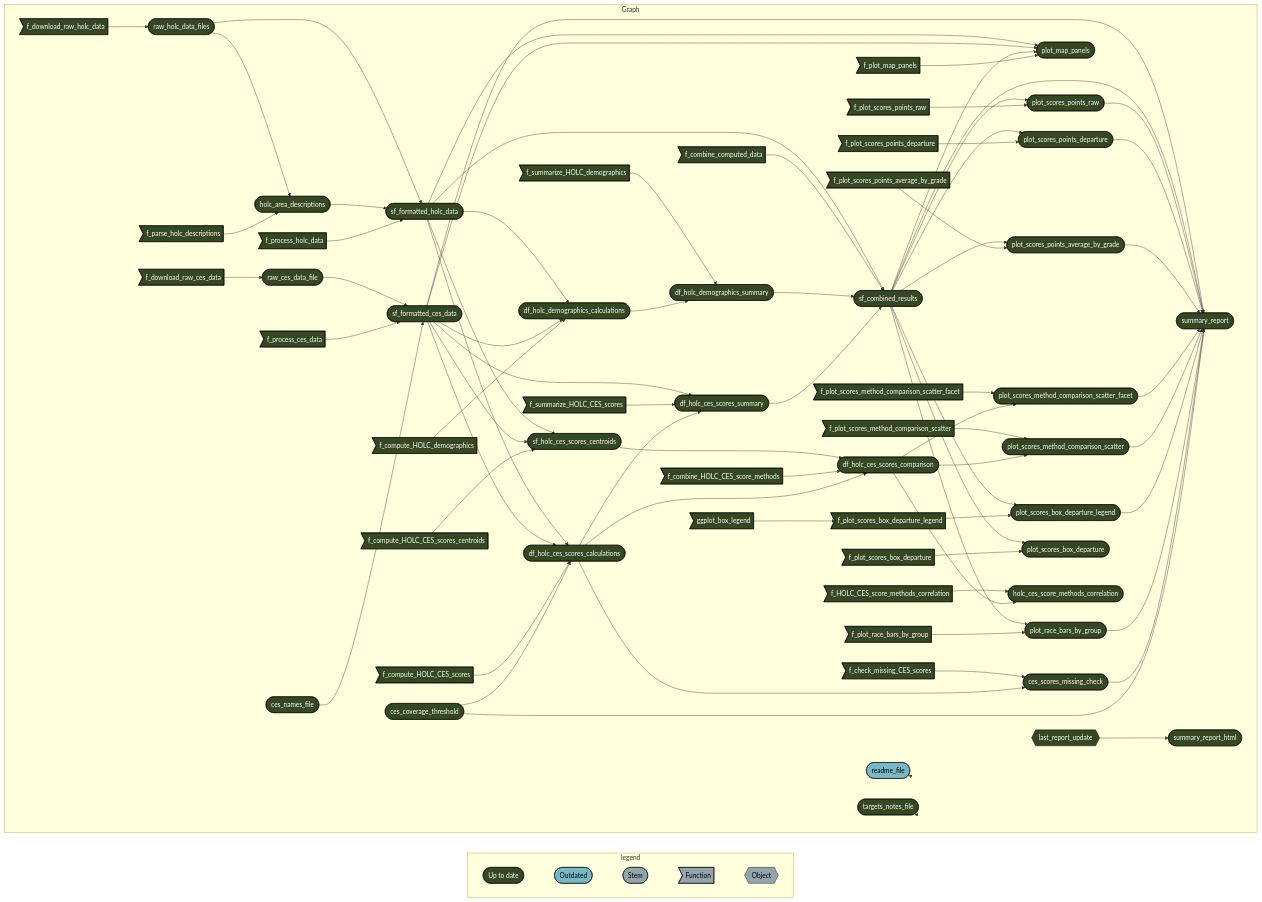
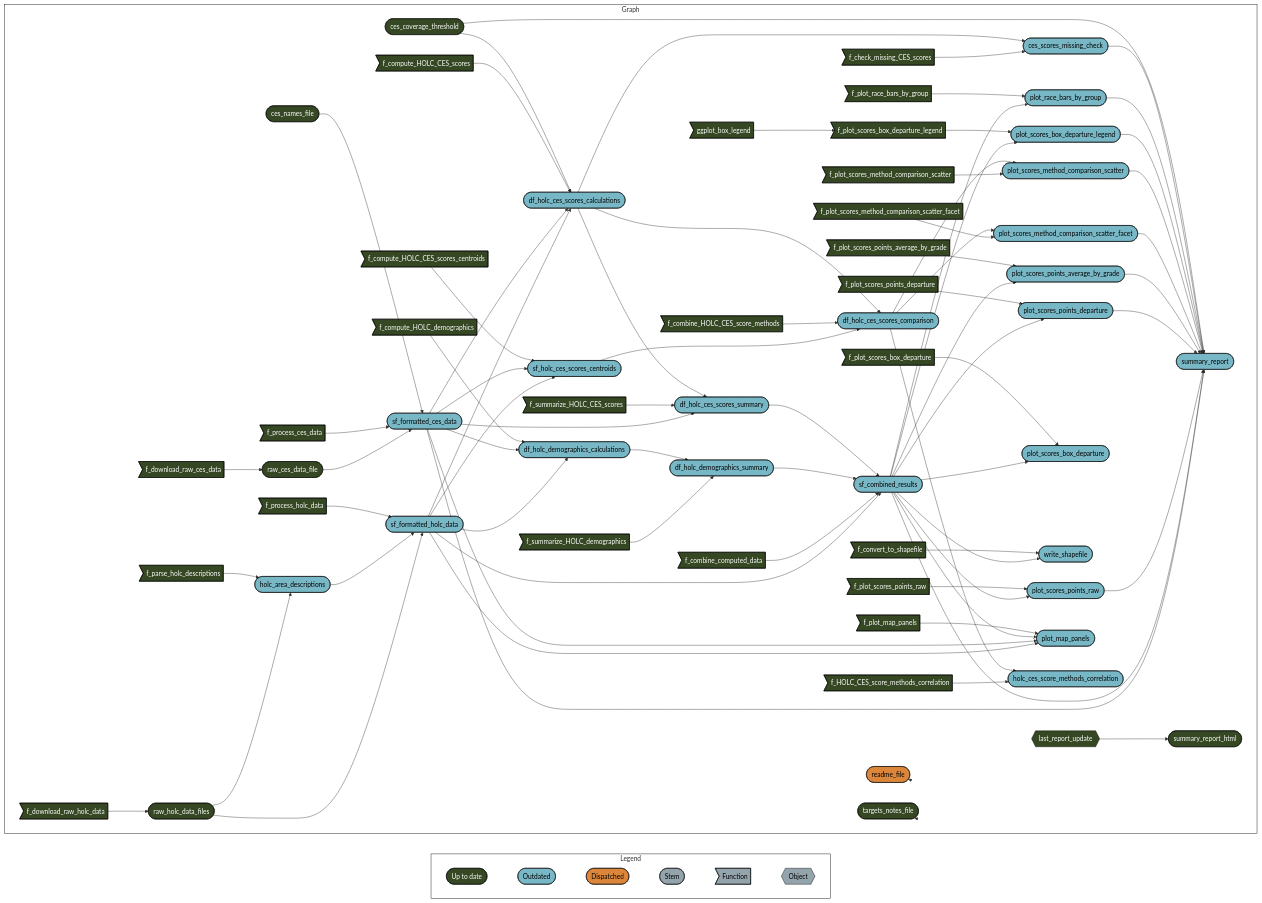
Before and after one commit to daltare/pollution-and-prejudice: the diagram in README.md, drawn with Mermaid. The commit also changed other lines of this file and 29 other files, not shown here.

````diff
--- a/README.md
+++ b/README.md
@@ -101,93 +104,100 @@
 ``` mermaid
 graph LR
-  subgraph legend
+  style Legend fill:#FFFFFF00,stroke:#000000;
+  style Graph fill:#FFFFFF00,stroke:#000000;
+  subgraph Legend
     direction LR
     x7420bd9270f8d27d([""Up to date""]):::uptodate --- x0a52b03877696646([""Outdated""]):::outdated
-    x0a52b03877696646([""Outdated""]):::outdated --- xbf4603d6c2c2ad6b([""Stem""]):::none
+    x0a52b03877696646([""Outdated""]):::outdated --- xa8565c104d8f0705([""Dispatched""]):::dispatched
+    xa8565c104d8f0705([""Dispatched""]):::dispatched --- xbf4603d6c2c2ad6b([""Stem""]):::none
     xbf4603d6c2c2ad6b([""Stem""]):::none --- xf0bce276fe2b9d3e>""Function""]:::none
     xf0bce276fe2b9d3e>""Function""]:::none --- x5bffbffeae195fc9{{""Object""}}:::none
   end
   subgraph Graph
     direction LR
     x723651d51c4d9039>"ggplot_box_legend"]:::uptodate --> x9fc5d9228e2f8c78>"f_plot_scores_box_departure_legend"]:::uptodate
-    x716156bac81cd62e(["df_holc_ces_scores_comparison"]):::uptodate --> xe4dc7810b8261f38(["plot_scores_method_comparison_scatter_facet"]):::uptodate
-    x3b0727f79ff18b40>"f_plot_scores_method_comparison_scatter_facet"]:::uptodate --> xe4dc7810b8261f38(["plot_scores_method_comparison_scatter_facet"]):::uptodate
-    xf2cacda6c5be1d56(["df_holc_ces_scores_calculations"]):::uptodate --> x716156bac81cd62e(["df_holc_ces_scores_comparison"]):::uptodate
-    x1362e4f419a24a87>"f_combine_HOLC_CES_score_methods"]:::uptodate --> x716156bac81cd62e(["df_holc_ces_scores_comparison"]):::uptodate
-    x03e01758e45bc154(["sf_holc_ces_scores_centroids"]):::uptodate --> x716156bac81cd62e(["df_holc_ces_scores_comparison"]):::uptodate
+    xbc38fdbb09f54cdc(["df_holc_ces_scores_summary"]):::outdated --> x7774e14ad1201765(["sf_combined_results"]):::outdated
+    x722c080414fdf571(["df_holc_demographics_summary"]):::outdated --> x7774e14ad1201765(["sf_combined_results"]):::outdated
+    xf90b49dd379c5312>"f_combine_computed_data"]:::uptodate --> x7774e14ad1201765(["sf_combined_results"]):::outdated
+    xd358c84560a350ea(["sf_formatted_holc_data"]):::outdated --> x7774e14ad1201765(["sf_combined_results"]):::outdated
+    x05780902aff2e52e>"f_plot_scores_points_departure"]:::uptodate --> x85db2b90c235dab6(["plot_scores_points_departure"]):::outdated
+    x7774e14ad1201765(["sf_combined_results"]):::outdated --> x85db2b90c235dab6(["plot_scores_points_departure"]):::outdated
+    xf2cacda6c5be1d56(["df_holc_ces_scores_calculations"]):::outdated --> xbc38fdbb09f54cdc(["df_holc_ces_scores_summary"]):::outdated
+    x24483bb6f5885403>"f_summarize_HOLC_CES_scores"]:::uptodate --> xbc38fdbb09f54cdc(["df_holc_ces_scores_summary"]):::outdated
+    x66ea1e7e4088616e(["sf_formatted_ces_data"]):::outdated --> xbc38fdbb09f54cdc(["df_holc_ces_scores_summary"]):::outdated
+    x9fc5d9228e2f8c78>"f_plot_scores_box_departure_legend"]:::uptodate --> xd261dc6bb4fd422e(["plot_scores_box_departure_legend"]):::outdated
+    x7774e14ad1201765(["sf_combined_results"]):::outdated --> xd261dc6bb4fd422e(["plot_scores_box_departure_legend"]):::outdated
+    xb8f0b2810f342081(["ces_coverage_threshold"]):::uptodate --> xf2cacda6c5be1d56(["df_holc_ces_scores_calculations"]):::outdated
+    xb84eb9d541120890>"f_compute_HOLC_CES_scores"]:::uptodate --> xf2cacda6c5be1d56(["df_holc_ces_scores_calculations"]):::outdated
+    x66ea1e7e4088616e(["sf_formatted_ces_data"]):::outdated --> xf2cacda6c5be1d56(["df_holc_ces_scores_calculations"]):::outdated
+    xd358c84560a350ea(["sf_formatted_holc_data"]):::outdated --> xf2cacda6c5be1d56(["df_holc_ces_scores_calculations"]):::outdated
+    xb8f0b2810f342081(["ces_coverage_threshold"]):::uptodate --> xe24c603975ef95ce(["summary_report"]):::outdated
+    xcdcbc8327c73002a(["ces_scores_missing_check"]):::outdated --> xe24c603975ef95ce(["summary_report"]):::outdated
+    xe2341aac6be6d5c3(["plot_race_bars_by_group"]):::outdated --> xe24c603975ef95ce(["summary_report"]):::outdated
+    xd261dc6bb4fd422e(["plot_scores_box_departure_legend"]):::outdated --> xe24c603975ef95ce(["summary_report"]):::outdated
+    x30558efb09c7936d(["plot_scores_method_comparison_scatter"]):::outdated --> xe24c603975ef95ce(["summary_report"]):::outdated
+    xe4dc7810b8261f38(["plot_scores_method_comparison_scatter_facet"]):::outdated --> xe24c603975ef95ce(["summary_report"]):::outdated
+    x26888c3adf53b8ba(["plot_scores_points_average_by_grade"]):::outdated --> xe24c603975ef95ce(["summary_report"]):::outdated
+    x85db2b90c235dab6(["plot_scores_points_departure"]):::outdated --> xe24c603975ef95ce(["summary_report"]):::outdated
+    xd06bbe78c7eb9f6c(["plot_scores_points_raw"]):::outdated --> xe24c603975ef95ce(["summary_report"]):::outdated
+    x7774e14ad1201765(["sf_combined_results"]):::outdated --> xe24c603975ef95ce(["summary_report"]):::outdated
+    x66ea1e7e4088616e(["sf_formatted_ces_data"]):::outdated --> xe24c603975ef95ce(["summary_report"]):::outdated
+    xcda122252060630c>"f_compute_HOLC_CES_scores_centroids"]:::uptodate --> x03e01758e45bc154(["sf_holc_ces_scores_centroids"]):::outdated
+    x66ea1e7e4088616e(["sf_formatted_ces_data"]):::outdated --> x03e01758e45bc154(["sf_holc_ces_scores_centroids"]):::outdated
+    xd358c84560a350ea(["sf_formatted_holc_data"]):::outdated --> x03e01758e45bc154(["sf_holc_ces_scores_centroids"]):::outdated
+    x13ecd6c730196e92>"f_plot_scores_box_departure"]:::uptodate --> xc0917568d2ce3bee(["plot_scores_box_departure"]):::outdated
+    x7774e14ad1201765(["sf_combined_results"]):::outdated --> xc0917568d2ce3bee(["plot_scores_box_departure"]):::outdated
+    x4baab69ddc05606c>"f_compute_HOLC_demographics"]:::uptodate --> x0933fedf1eaed55e(["df_holc_demographics_calculations"]):::outdated
+    x66ea1e7e4088616e(["sf_formatted_ces_data"]):::outdated --> x0933fedf1eaed55e(["df_holc_demographics_calculations"]):::outdated
+    xd358c84560a350ea(["sf_formatted_holc_data"]):::outdated --> x0933fedf1eaed55e(["df_holc_demographics_calculations"]):::outdated
+    xe7b24c87dabecd62>"f_parse_holc_descriptions"]:::uptodate --> xc134b761ca90db6a(["holc_area_descriptions"]):::outdated
+    x7deb259c829fdb2e(["raw_holc_data_files"]):::uptodate --> xc134b761ca90db6a(["holc_area_descriptions"]):::outdated
+    x3566400abf0582d0>"f_process_holc_data"]:::uptodate --> xd358c84560a350ea(["sf_formatted_holc_data"]):::outdated
+    xc134b761ca90db6a(["holc_area_descriptions"]):::outdated --> xd358c84560a350ea(["sf_formatted_holc_data"]):::outdated
+    x7deb259c829fdb2e(["raw_holc_data_files"]):::uptodate --> xd358c84560a350ea(["sf_formatted_holc_data"]):::outdated
+    xd22b3ef3698af9c3>"f_plot_race_bars_by_group"]:::uptodate --> xe2341aac6be6d5c3(["plot_race_bars_by_group"]):::outdated
+    x7774e14ad1201765(["sf_combined_results"]):::outdated --> xe2341aac6be6d5c3(["plot_race_bars_by_group"]):::outdated
+    x7ad41e3fd12f2676(["ces_names_file"]):::uptodate --> x66ea1e7e4088616e(["sf_formatted_ces_data"]):::outdated
+    xdca65f7684d779f0>"f_process_ces_data"]:::uptodate --> x66ea1e7e4088616e(["sf_formatted_ces_data"]):::outdated
+    x6538bfb2bd8fa5af(["raw_ces_data_file"]):::uptodate --> x66ea1e7e4088616e(["sf_formatted_ces_data"]):::outdated
+    x661c36f456260220>"f_plot_scores_points_average_by_grade"]:::uptodate --> x26888c3adf53b8ba(["plot_scores_points_average_by_grade"]):::outdated
+    x7774e14ad1201765(["sf_combined_results"]):::outdated --> x26888c3adf53b8ba(["plot_scores_points_average_by_grade"]):::outdated
+    x9e5564aad7264f3e>"f_convert_to_shapefile"]:::uptodate --> xf040698982835e96(["write_shapefile"]):::outdated
+    x7774e14ad1201765(["sf_combined_results"]):::outdated --> xf040698982835e96(["write_shapefile"]):::outdated
+    xf443f725966ed075{{"last_report_update"}}:::uptodate --> x3b5990520b2e818d(["summary_report_html"]):::uptodate
+    xc11e093e8a0331b6>"f_plot_map_panels"]:::uptodate --> x52b2d35838d1c908(["plot_map_panels"]):::outdated
+    x7774e14ad1201765(["sf_combined_results"]):::outdated --> x52b2d35838d1c908(["plot_map_panels"]):::outdated
+    x66ea1e7e4088616e(["sf_formatted_ces_data"]):::outdated --> x52b2d35838d1c908(["plot_map_panels"]):::outdated
+    xd358c84560a350ea(["sf_formatted_holc_data"]):::outdated --> x52b2d35838d1c908(["plot_map_panels"]):::outdated
+    x716156bac81cd62e(["df_holc_ces_scores_comparison"]):::outdated --> xe4dc7810b8261f38(["plot_scores_method_comparison_scatter_facet"]):::outdated
+    x3b0727f79ff18b40>"f_plot_scores_method_comparison_scatter_facet"]:::uptodate --> xe4dc7810b8261f38(["plot_scores_method_comparison_scatter_facet"]):::outdated
+    x28598aa74e36431d>"f_download_raw_holc_data"]:::uptodate --> x7deb259c829fdb2e(["raw_holc_data_files"]):::uptodate
+    xf2cacda6c5be1d56(["df_holc_ces_scores_calculations"]):::outdated --> xcdcbc8327c73002a(["ces_scores_missing_check"]):::outdated
+    x1909355c81c03a12>"f_check_missing_CES_scores"]:::uptodate --> xcdcbc8327c73002a(["ces_scores_missing_check"]):::outdated
+    x716156bac81cd62e(["df_holc_ces_scores_comparison"]):::outdated --> x30558efb09c7936d(["plot_scores_method_comparison_scatter"]):::outdated
+    xfded34a4d23e9e5d>"f_plot_scores_method_comparison_scatter"]:::uptodate --> x30558efb09c7936d(["plot_scores_method_comparison_scatter"]):::outdated
+    x0933fedf1eaed55e(["df_holc_demographics_calculations"]):::outdated --> x722c080414fdf571(["df_holc_demographics_summary"]):::outdated
+    x2dfdf1b5ee4ba094>"f_summarize_HOLC_demographics"]:::uptodate --> x722c080414fdf571(["df_holc_demographics_summary"]):::outdated
     xc504145cdabdd854>"f_download_raw_ces_data"]:::uptodate --> x6538bfb2bd8fa5af(["raw_ces_data_file"]):::uptodate
-    xc11e093e8a0331b6>"f_plot_map_panels"]:::uptodate --> x52b2d35838d1c908(["plot_map_panels"]):::uptodate
-    x7774e14ad1201765(["sf_combined_results"]):::uptodate --> x52b2d35838d1c908(["plot_map_panels"]):::uptodate
-    x66ea1e7e4088616e(["sf_formatted_ces_data"]):::uptodate --> x52b2d35838d1c908(["plot_map_panels"]):::uptodate
-    xd358c84560a350ea(["sf_formatted_holc_data"]):::uptodate --> x52b2d35838d1c908(["plot_map_panels"]):::uptodate
-    xd22b3ef3698af9c3>"f_plot_race_bars_by_group"]:::uptodate --> xe2341aac6be6d5c3(["plot_race_bars_by_group"]):::uptodate
-    x7774e14ad1201765(["sf_combined_results"]):::uptodate --> xe2341aac6be6d5c3(["plot_race_bars_by_group"]):::uptodate
-    x661c36f456260220>"f_plot_scores_points_average_by_grade"]:::uptodate --> x26888c3adf53b8ba(["plot_scores_points_average_by_grade"]):::uptodate
-    x7774e14ad1201765(["sf_combined_results"]):::uptodate --> x26888c3adf53b8ba(["plot_scores_points_average_by_grade"]):::uptodate
-    xbc38fdbb09f54cdc(["df_holc_ces_scores_summary"]):::uptodate --> x7774e14ad1201765(["sf_combined_results"]):::uptodate
-    x722c080414fdf571(["df_holc_demographics_summary"]):::uptodate --> x7774e14ad1201765(["sf_combined_results"]):::uptodate
-    xf90b49dd379c5312>"f_combine_computed_data"]:::uptodate --> x7774e14ad1201765(["sf_combined_results"]):::uptodate
-    xd358c84560a350ea(["sf_formatted_holc_data"]):::uptodate --> x7774e14ad1201765(["sf_combined_results"]):::uptodate
-    xf2cacda6c5be1d56(["df_holc_ces_scores_calculations"]):::uptodate --> xcdcbc8327c73002a(["ces_scores_missing_check"]):::uptodate
-    x1909355c81c03a12>"f_check_missing_CES_scores"]:::uptodate --> xcdcbc8327c73002a(["ces_scores_missing_check"]):::uptodate
-    xb8f0b2810f342081(["ces_coverage_threshold"]):::uptodate --> xf2cacda6c5be1d56(["df_holc_ces_scores_calculations"]):::uptodate
-    xb84eb9d541120890>"f_compute_HOLC_CES_scores"]:::uptodate --> xf2cacda6c5be1d56(["df_holc_ces_scores_calculations"]):::uptodate
-    x66ea1e7e4088616e(["sf_formatted_ces_data"]):::uptodate --> xf2cacda6c5be1d56(["df_holc_ces_scores_calculations"]):::uptodate
-    xd358c84560a350ea(["sf_formatted_holc_data"]):::uptodate --> xf2cacda6c5be1d56(["df_holc_ces_scores_calculations"]):::uptodate
-    x28598aa74e36431d>"f_download_raw_holc_data"]:::uptodate --> x7deb259c829fdb2e(["raw_holc_data_files"]):::uptodate
-    x3566400abf0582d0>"f_process_holc_data"]:::uptodate --> xd358c84560a350ea(["sf_formatted_holc_data"]):::uptodate
-    xc134b761ca90db6a(["holc_area_descriptions"]):::uptodate --> xd358c84560a350ea(["sf_formatted_holc_data"]):::uptodate
-    x7deb259c829fdb2e(["raw_holc_data_files"]):::uptodate --> xd358c84560a350ea(["sf_formatted_holc_data"]):::uptodate
-    x6a4e5ab768f76050>"f_plot_scores_points_raw"]:::uptodate --> xd06bbe78c7eb9f6c(["plot_scores_points_raw"]):::uptodate
-    x7774e14ad1201765(["sf_combined_results"]):::uptodate --> xd06bbe78c7eb9f6c(["plot_scores_points_raw"]):::uptodate
-    xb8f0b2810f342081(["ces_coverage_threshold"]):::uptodate --> xe24c603975ef95ce(["summary_report"]):::uptodate
-    xcdcbc8327c73002a(["ces_scores_missing_check"]):::uptodate --> xe24c603975ef95ce(["summary_report"]):::uptodate
-    xe2341aac6be6d5c3(["plot_race_bars_by_group"]):::uptodate --> xe24c603975ef95ce(["summary_report"]):::uptodate
-    xd261dc6bb4fd422e(["plot_scores_box_departure_legend"]):::uptodate --> xe24c603975ef95ce(["summary_report"]):::uptodate
-    x30558efb09c7936d(["plot_scores_method_comparison_scatter"]):::uptodate --> xe24c603975ef95ce(["summary_report"]):::uptodate
-    xe4dc7810b8261f38(["plot_scores_method_comparison_scatter_facet"]):::uptodate --> xe24c603975ef95ce(["summary_report"]):::uptodate
-    x26888c3adf53b8ba(["plot_scores_points_average_by_grade"]):::uptodate --> xe24c603975ef95ce(["summary_report"]):::uptodate
-    x85db2b90c235dab6(["plot_scores_points_departure"]):::uptodate --> xe24c603975ef95ce(["summary_report"]):::uptodate
-    xd06bbe78c7eb9f6c(["plot_scores_points_raw"]):::uptodate --> xe24c603975ef95ce(["summary_report"]):::uptodate
-    x7774e14ad1201765(["sf_combined_results"]):::uptodate --> xe24c603975ef95ce(["summary_report"]):::uptodate
-    x66ea1e7e4088616e(["sf_formatted_ces_data"]):::uptodate --> xe24c603975ef95ce(["summary_report"]):::uptodate
-    x05780902aff2e52e>"f_plot_scores_points_departure"]:::uptodate --> x85db2b90c235dab6(["plot_scores_points_departure"]):::uptodate
-    x7774e14ad1201765(["sf_combined_results"]):::uptodate --> x85db2b90c235dab6(["plot_scores_points_departure"]):::uptodate
-    xf2cacda6c5be1d56(["df_holc_ces_scores_calculations"]):::uptodate --> xbc38fdbb09f54cdc(["df_holc_ces_scores_summary"]):::uptodate
-    x24483bb6f5885403>"f_summarize_HOLC_CES_scores"]:::uptodate --> xbc38fdbb09f54cdc(["df_holc_ces_scores_summary"]):::uptodate
-    x66ea1e7e4088616e(["sf_formatted_ces_data"]):::uptodate --> xbc38fdbb09f54cdc(["df_holc_ces_scores_summary"]):::uptodate
-    x0933fedf1eaed55e(["df_holc_demographics_calculations"]):::uptodate --> x722c080414fdf571(["df_holc_demographics_summary"]):::uptodate
-    x2dfdf1b5ee4ba094>"f_summarize_HOLC_demographics"]:::uptodate --> x722c080414fdf571(["df_holc_demographics_summary"]):::uptodate
-    xe7b24c87dabecd62>"f_parse_holc_descriptions"]:::uptodate --> xc134b761ca90db6a(["holc_area_descriptions"]):::uptodate
-    x7deb259c829fdb2e(["raw_holc_data_files"]):::uptodate --> xc134b761ca90db6a(["holc_area_descriptions"]):::uptodate
-    x7ad41e3fd12f2676(["ces_names_file"]):::uptodate --> x66ea1e7e4088616e(["sf_formatted_ces_data"]):::uptodate
-    xdca65f7684d779f0>"f_process_ces_data"]:::uptodate --> x66ea1e7e4088616e(["sf_formatted_ces_data"]):::uptodate
-    x6538bfb2bd8fa5af(["raw_ces_data_file"]):::uptodate --> x66ea1e7e4088616e(["sf_formatted_ces_data"]):::uptodate
-    x716156bac81cd62e(["df_holc_ces_scores_comparison"]):::uptodate --> x30558efb09c7936d(["plot_scores_method_comparison_scatter"]):::uptodate
-    xfded34a4d23e9e5d>"f_plot_scores_method_comparison_scatter"]:::uptodate --> x30558efb09c7936d(["plot_scores_method_comparison_scatter"]):::uptodate
-    x4baab69ddc05606c>"f_compute_HOLC_demographics"]:::uptodate --> x0933fedf1eaed55e(["df_holc_demographics_calculations"]):::uptodate
-    x66ea1e7e4088616e(["sf_formatted_ces_data"]):::uptodate --> x0933fedf1eaed55e(["df_holc_demographics_calculations"]):::uptodate
-    xd358c84560a350ea(["sf_formatted_holc_data"]):::uptodate --> x0933fedf1eaed55e(["df_holc_demographics_calculations"]):::uptodate
-    x9fc5d9228e2f8c78>"f_plot_scores_box_departure_legend"]:::uptodate --> xd261dc6bb4fd422e(["plot_scores_box_departure_legend"]):::uptodate
-    x7774e14ad1201765(["sf_combined_results"]):::uptodate --> xd261dc6bb4fd422e(["plot_scores_box_departure_legend"]):::uptodate
-    x13ecd6c730196e92>"f_plot_scores_box_departure"]:::uptodate --> xc0917568d2ce3bee(["plot_scores_box_departure"]):::uptodate
-    x7774e14ad1201765(["sf_combined_results"]):::uptodate --> xc0917568d2ce3bee(["plot_scores_box_departure"]):::uptodate
-    x716156bac81cd62e(["df_holc_ces_scores_comparison"]):::uptodate --> xdf491333e4fb171a(["holc_ces_score_methods_correlation"]):::uptodate
-    x9f27f4335306e40c>"f_HOLC_CES_score_methods_correlation"]:::uptodate --> xdf491333e4fb171a(["holc_ces_score_methods_correlation"]):::uptodate
-    xcda122252060630c>"f_compute_HOLC_CES_scores_centroids"]:::uptodate --> x03e01758e45bc154(["sf_holc_ces_scores_centroids"]):::uptodate
-    x66ea1e7e4088616e(["sf_formatted_ces_data"]):::uptodate --> x03e01758e45bc154(["sf_holc_ces_scores_centroids"]):::uptodate
-    xd358c84560a350ea(["sf_formatted_holc_data"]):::uptodate --> x03e01758e45bc154(["sf_holc_ces_scores_centroids"]):::uptodate
-    xf443f725966ed075{{"last_report_update"}}:::uptodate --> x3b5990520b2e818d(["summary_report_html"]):::uptodate
-    x118ccf0169559b01(["readme_file"]):::outdated --> x118ccf0169559b01(["readme_file"]):::outdated
+    x716156bac81cd62e(["df_holc_ces_scores_comparison"]):::outdated --> xdf491333e4fb171a(["holc_ces_score_methods_correlation"]):::outdated
+    x9f27f4335306e40c>"f_HOLC_CES_score_methods_correlation"]:::uptodate --> xdf491333e4fb171a(["holc_ces_score_methods_correlation"]):::outdated
+    xf2cacda6c5be1d56(["df_holc_ces_scores_calculations"]):::outdated --> x716156bac81cd62e(["df_holc_ces_scores_comparison"]):::outdated
+    x1362e4f419a24a87>"f_combine_HOLC_CES_score_methods"]:::uptodate --> x716156bac81cd62e(["df_holc_ces_scores_comparison"]):::outdated
+    x03e01758e45bc154(["sf_holc_ces_scores_centroids"]):::outdated --> x716156bac81cd62e(["df_holc_ces_scores_comparison"]):::outdated
+    x6a4e5ab768f76050>"f_plot_scores_points_raw"]:::uptodate --> xd06bbe78c7eb9f6c(["plot_scores_points_raw"]):::outdated
+    x7774e14ad1201765(["sf_combined_results"]):::outdated --> xd06bbe78c7eb9f6c(["plot_scores_points_raw"]):::outdated
+    x118ccf0169559b01(["readme_file"]):::dispatched --> x118ccf0169559b01(["readme_file"]):::dispatched
     xd244e8c357cc9580(["targets_notes_file"]):::uptodate --> xd244e8c357cc9580(["targets_notes_file"]):::uptodate
   end
   classDef uptodate stroke:#000000,color:#ffffff,fill:#354823;
   classDef outdated stroke:#000000,color:#000000,fill:#78B7C5;
+  classDef dispatched stroke:#000000,color:#000000,fill:#DC863B;
   classDef none stroke:#000000,color:#000000,fill:#94a4ac;
   linkStyle 0 stroke-width:0px;
   linkStyle 1 stroke-width:0px;
   linkStyle 2 stroke-width:0px;
   linkStyle 3 stroke-width:0px;
-  linkStyle 73 stroke-width:0px;
-  linkStyle 74 stroke-width:0px;
+  linkStyle 4 stroke-width:0px;
+  linkStyle 76 stroke-width:0px;
+  linkStyle 77 stroke-width:0px;
 ```
````
